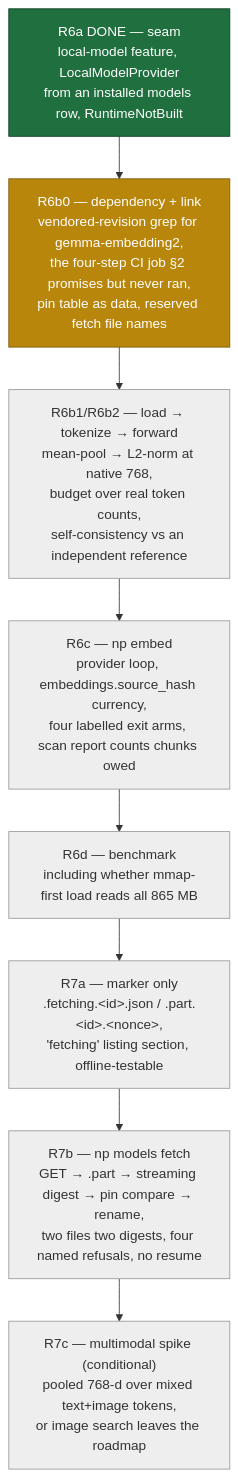
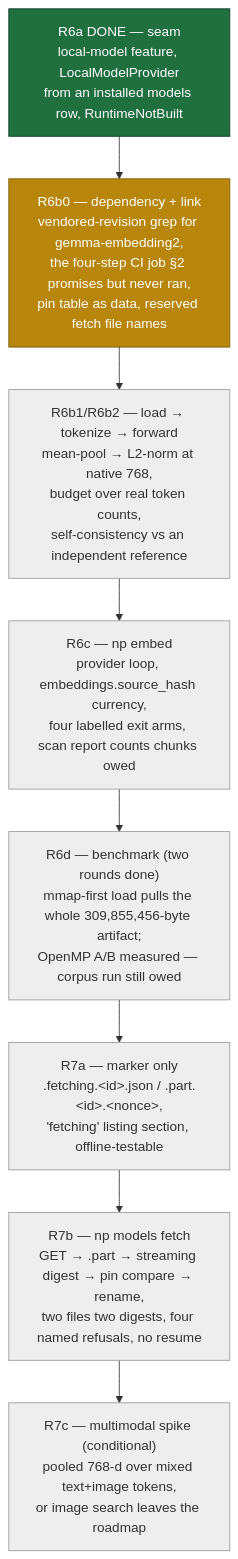
Before and after one commit to Ex-Bot-01/note-processor: the third of 3 diagrams in docs/plan-2026-10-28-state-and-roadmap.md, drawn with Mermaid. The commit also changed 6 other files, not shown here.

````diff
--- a/docs/plan-2026-10-28-state-and-roadmap.md
+++ b/docs/plan-2026-10-28-state-and-roadmap.md
@@ -114,20 +114,20 @@
 ```mermaid
 flowchart TD
     A["R6a DONE — seam<br/>local-model feature, LocalModelProvider<br/>from an installed models row, RuntimeNotBuilt"]
     B["R6b0 — dependency + link<br/>vendored-revision grep for gemma-embedding2,<br/>the four-step CI job §2 promises but never ran,<br/>pin table as data, reserved fetch file names"]
     C["R6b1/R6b2 — load → tokenize → forward<br/>mean-pool → L2-norm at native 768,<br/>budget over real token counts,<br/>self-consistency vs an independent reference"]
     D["R6c — np embed<br/>provider loop, embeddings.source_hash currency,<br/>four labelled exit arms, scan report counts chunks owed"]
-    E["R6d — benchmark<br/>including whether mmap-first load reads all 865 MB"]
+    E["R6d — benchmark (two rounds done)<br/>mmap-first load pulls the whole 309,855,456-byte artifact;<br/>OpenMP A/B measured — corpus run still owed"]
     F["R7a — marker only<br/>.fetching.&lt;id&gt;.json / .part.&lt;id&gt;.&lt;nonce&gt;,<br/>'fetching' listing section, offline-testable"]
     G["R7b — np models fetch<br/>GET → .part → streaming digest → pin compare → rename,<br/>two files two digests, four named refusals, no resume"]
     H["R7c — multimodal spike (conditional)<br/>pooled 768-d over mixed text+image tokens,<br/>or image search leaves the roadmap"]
 
     A --> B --> C --> D --> E --> F --> G --> H
 
     classDef done fill:#1f6f3f,color:#fff,stroke:#0d3d22
     classDef next fill:#b8860b,color:#fff,stroke:#7a5a08
     classDef todo fill:#eee,stroke:#999,color:#333
     class A done
     class B next
     class C,D,E,F,G,H todo
 ```
````
